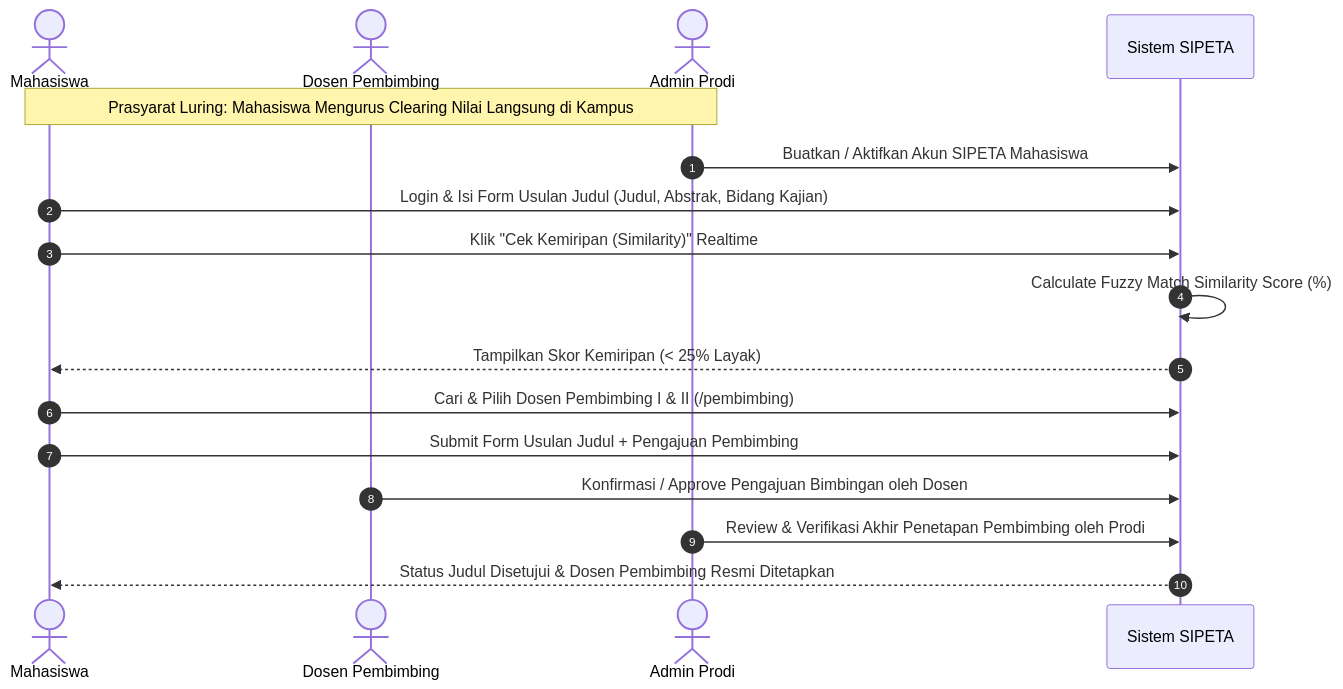
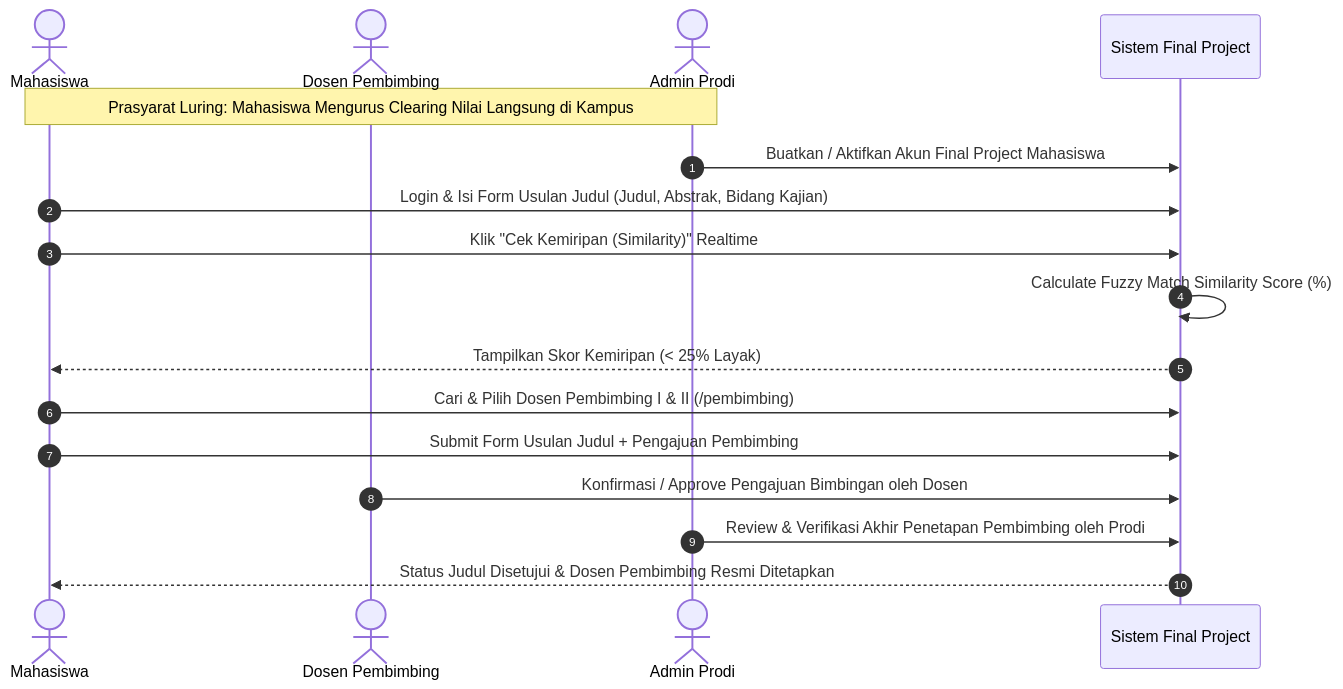
The second of 5 diagrams in docs/WORKFLOWS.md (DanuZen/isi-final-project), drawn with Mermaid before and after one commit. The commit also changed other lines of this file and 12 other files, not shown here.

Commit message:
docs: update all documentation to PT MBOIS Final Project design system and branding

````diff
--- a/docs/WORKFLOWS.md
+++ b/docs/WORKFLOWS.md
@@ -38,20 +38,20 @@
 ```mermaid
 sequenceDiagram
     autonumber
     actor M as Mahasiswa
     actor D as Dosen Pembimbing
     actor P as Admin Prodi
-    participant S as Sistem SIPETA
+    participant S as Sistem Final Project
 
     note over M,P: Prasyarat Luring: Mahasiswa Mengurus Clearing Nilai Langsung di Kampus
-    P->>S: Buatkan / Aktifkan Akun SIPETA Mahasiswa
+    P->>S: Buatkan / Aktifkan Akun Final Project Mahasiswa
     M->>S: Login & Isi Form Usulan Judul (Judul, Abstrak, Bidang Kajian)
     M->>S: Klik "Cek Kemiripan (Similarity)" Realtime
     S->>S: Calculate Fuzzy Match Similarity Score (%)
     S-->>M: Tampilkan Skor Kemiripan (< 25% Layak)
     M->>S: Cari & Pilih Dosen Pembimbing I & II (/pembimbing)
     M->>S: Submit Form Usulan Judul + Pengajuan Pembimbing
     D->>S: Konfirmasi / Approve Pengajuan Bimbingan oleh Dosen
     P->>S: Review & Verifikasi Akhir Penetapan Pembimbing oleh Prodi
     S-->>M: Status Judul Disetujui & Dosen Pembimbing Resmi Ditetapkan
 ```
````
